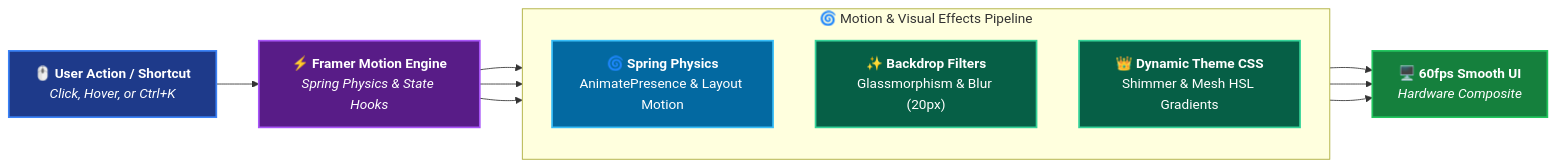
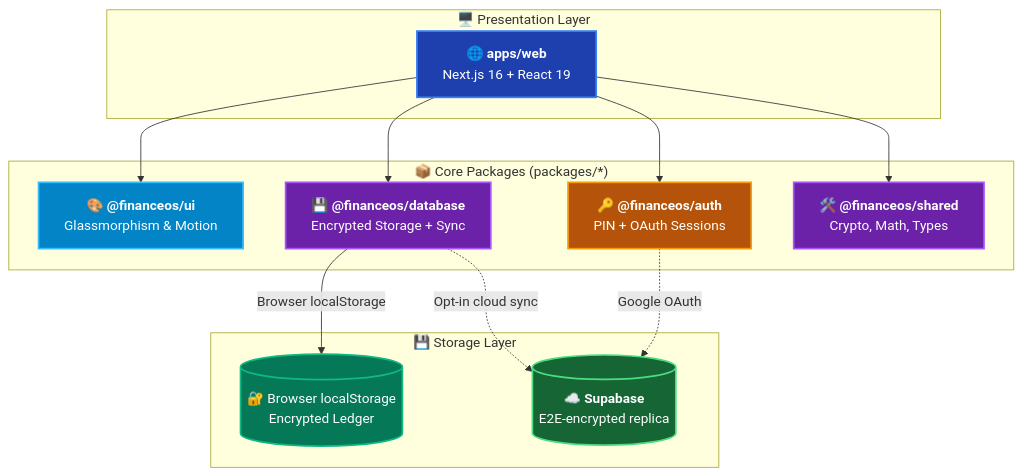
The second of 3 diagrams in README.md (AnuroopSrivastava/MyFinanceOS), drawn with Mermaid before and after one commit. The commit also changed other lines of this file and 526 other files, not shown here.

Commit message:
feat: Next.js App Router migration, Supabase backend integration, UI component system & comprehensive test suite

````diff
--- a/README.md
+++ b/README.md
@@ -151,25 +175,30 @@
 ```mermaid
-flowchart LR
-    classDef eventNode fill:#1e3a8a,stroke:#3b82f6,stroke-width:2px,color:#fff;
-    classDef engineNode fill:#581c87,stroke:#a855f7,stroke-width:2px,color:#fff;
-    classDef motionNode fill:#0369a1,stroke:#38bdf8,stroke-width:2px,color:#fff;
-    classDef visualNode fill:#065f46,stroke:#34d399,stroke-width:2px,color:#fff;
-    classDef renderNode fill:#15803d,stroke:#22c55e,stroke-width:2px,color:#fff;
+flowchart TD
+    classDef client fill:#1e40af,stroke:#3b82f6,stroke-width:2px,color:#fff;
+    classDef uiSys fill:#0284c7,stroke:#38bdf8,stroke-width:2px,color:#fff;
+    classDef corePkg fill:#6b21a8,stroke:#a855f7,stroke-width:2px,color:#fff;
+    classDef authPkg fill:#b45309,stroke:#f59e0b,stroke-width:2px,color:#fff;
+    classDef diskStore fill:#047857,stroke:#10b981,stroke-width:2px,color:#fff;
+    classDef cloud fill:#166534,stroke:#4ade80,stroke-width:2px,color:#fff;
 
-    UserEvent["🖱️ <b>User Action / Shortcut</b><br/><i>Click, Hover, or Ctrl+K</i>"]:::eventNode --> MotionDispatch["⚡ <b>Framer Motion Engine</b><br/><i>Spring Physics & State Hooks</i>"]:::engineNode
-
-    subgraph MotionProcessing["🌀 Motion & Visual Effects Pipeline"]
-        direction TB
-        Physics["🌀 <b>Spring Physics</b><br/>AnimatePresence & Layout Motion"]:::motionNode
-        GlassBlur["✨ <b>Backdrop Filters</b><br/>Glassmorphism & Blur (20px)"]:::visualNode
-        Themes["👑 <b>Dynamic Theme CSS</b><br/>Shimmer & Mesh HSL Gradients"]:::visualNode
+    subgraph AppLayer["🖥️ Presentation Layer"]
+        Web["🌐 <b>apps/web</b><br/>Next.js 16 + React 19"]:::client
     end
 
-    MotionDispatch --> Physics
-    MotionDispatch --> GlassBlur
-    MotionDispatch --> Themes
+    subgraph PackageLayer["📦 Core Packages (packages/*)"]
+        UI["🎨 <b>@financeos/ui</b><br/>Glassmorphism & Motion"]:::uiSys
+        Auth["🔑 <b>@financeos/auth</b><br/>PIN + OAuth Sessions"]:::authPkg
+        DB["💾 <b>@financeos/database</b><br/>Encrypted Storage + Sync"]:::corePkg
+        Shared["🛠️ <b>@financeos/shared</b><br/>Crypto, Math, Types"]:::corePkg
+    end
 
-    Physics --> GPUComposite["🖥️ <b>60fps Smooth UI</b><br/><i>Hardware Composite</i>"]:::renderNode
-    GlassBlur --> GPUComposite
-    Themes --> GPUComposite
+    subgraph StorageLayer["💾 Storage Layer"]
+        LocalStore[("🔐 Browser localStorage<br/>Encrypted Ledger")]:::diskStore
+        Supabase[("☁️ <b>Supabase</b><br/>E2E-encrypted replica")]:::cloud
+    end
+
+    Web --> UI & Auth & DB & Shared
+    DB -->|Browser localStorage| LocalStore
+    DB -.->|Opt-in cloud sync| Supabase
+    Auth -.->|Google OAuth| Supabase
 ```
````
